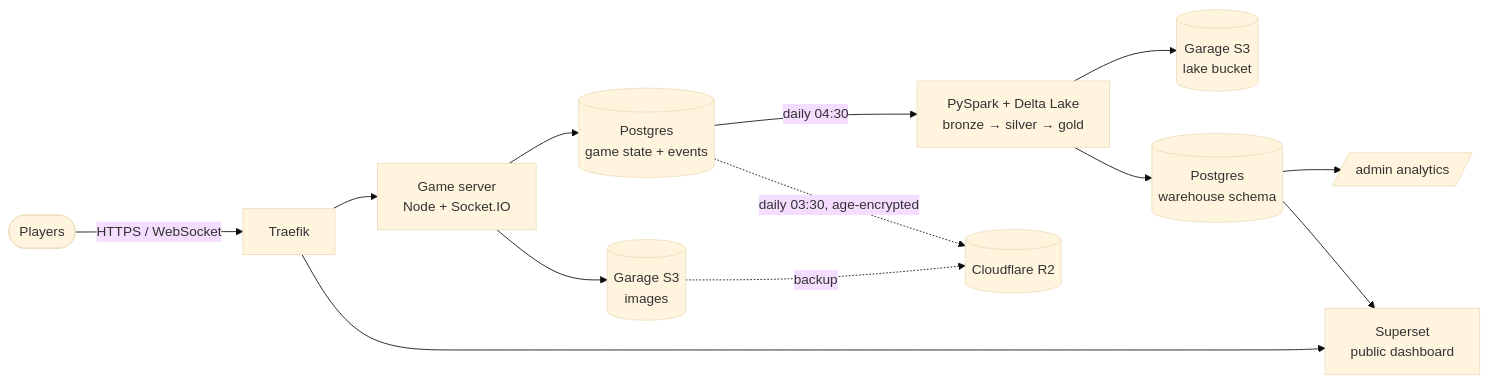
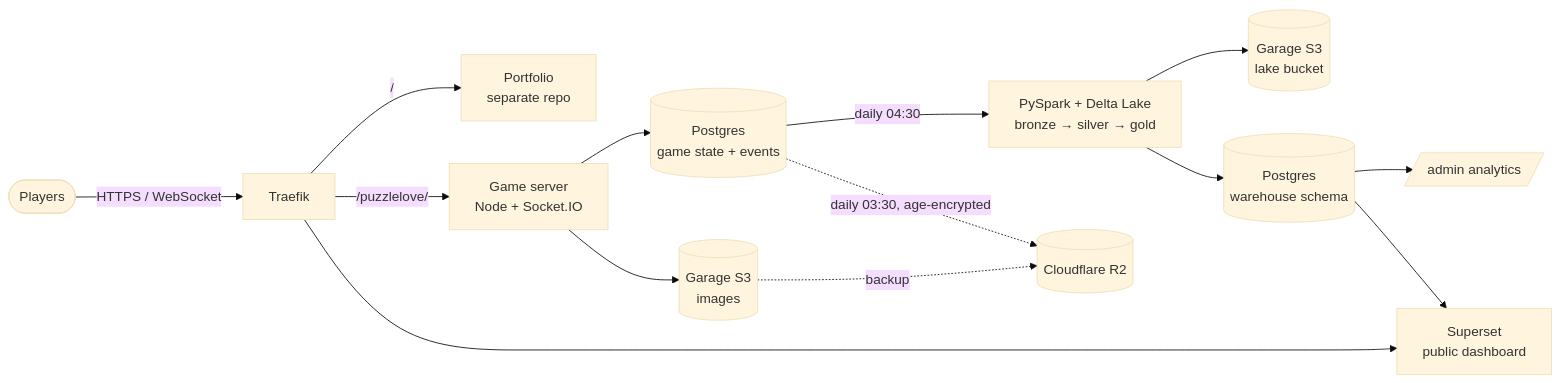
The diagram in README.md (LUISJG57/PuzzleLove), drawn with Mermaid (base theme) before and after one commit. The commit also changed other lines of this file and 7 other files, not shown here.

````diff
--- a/README.md
+++ b/README.md
@@ -87,15 +93,16 @@
 ```mermaid
 flowchart LR
   players([Players]) -->|HTTPS / WebSocket| traefik[Traefik]
-  traefik --> app[Game server<br/>Node + Socket.IO]
+  traefik -->|/| portfolio[Portfolio<br/>separate repo]
+  traefik -->|/puzzlelove/| app[Game server<br/>Node + Socket.IO]
   app --> pg[(Postgres<br/>game state + events)]
   app --> garage[(Garage S3<br/>images)]
   pg -->|daily 04:30| pipeline[PySpark + Delta Lake<br/>bronze → silver → gold]
   pipeline --> lake[(Garage S3<br/>lake bucket)]
   pipeline --> wh[(Postgres<br/>warehouse schema)]
   wh --> admin[/admin analytics/]
   wh --> superset[Superset<br/>public dashboard]
   traefik --> superset
   pg -. daily 03:30, age-encrypted .-> r2[(Cloudflare R2)]
   garage -. backup .-> r2
 ```
````
